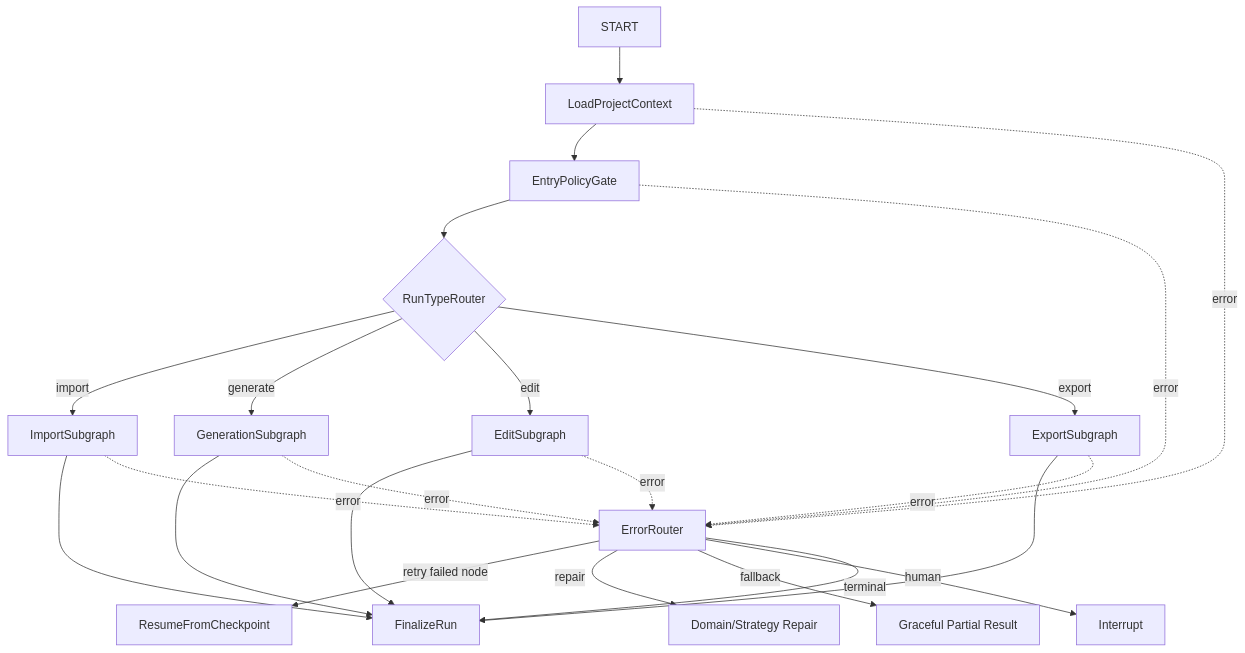
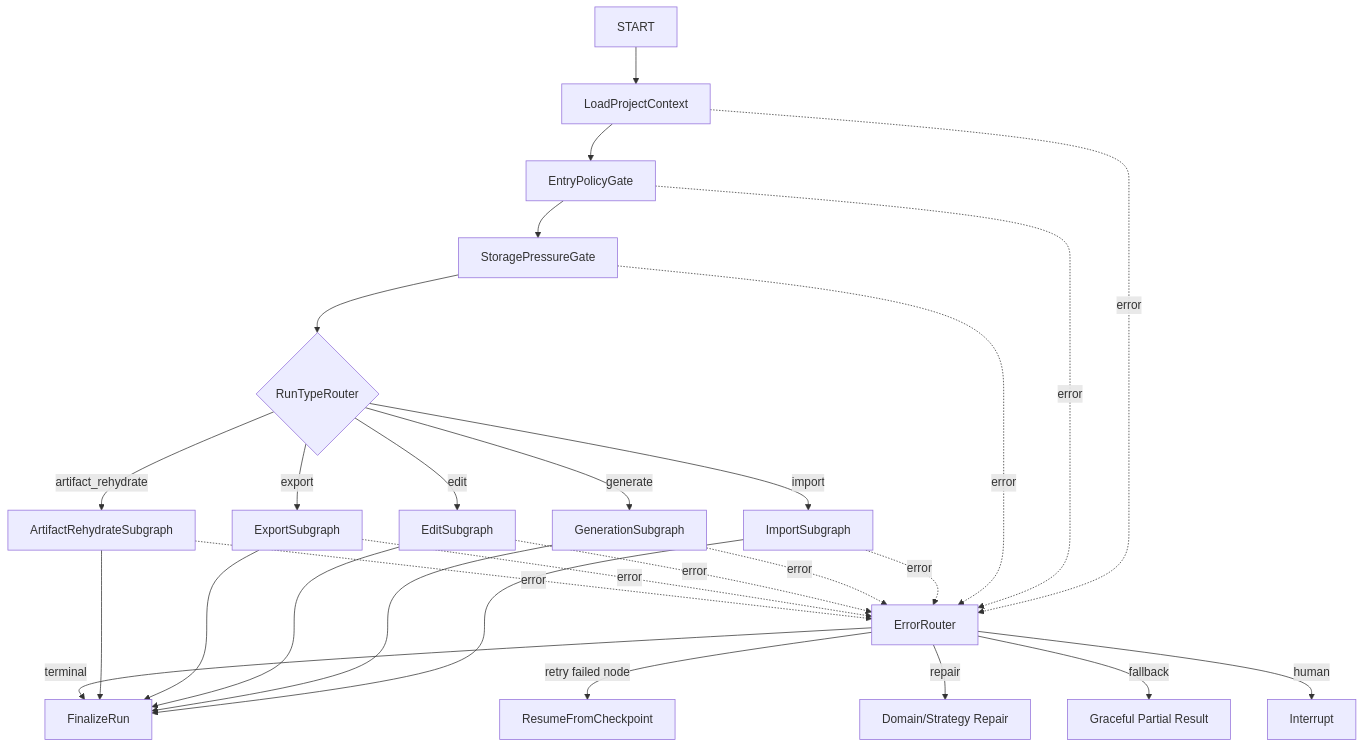
One commit to Oliveryfaso/Agentic-Music-Studio changed the first of 2 diagrams in docs/AGENT_GRAPH_SPEC.md. Above: the diagram before and after it, drawn with Mermaid. The commit also changed other lines of this file and 156 other files, not shown here.

````diff
--- a/docs/AGENT_GRAPH_SPEC.md
+++ b/docs/AGENT_GRAPH_SPEC.md
@@ -73,28 +82,33 @@
 ```mermaid
 flowchart TD
     START --> LOAD["LoadProjectContext"]
     LOAD --> POLICY["EntryPolicyGate"]
-    POLICY --> ROUTE{"RunTypeRouter"}
+    POLICY --> STORAGE["StoragePressureGate"]
+    STORAGE --> ROUTE{"RunTypeRouter"}
 
     ROUTE -->|import| IMPORT["ImportSubgraph"]
     ROUTE -->|generate| GENERATE["GenerationSubgraph"]
     ROUTE -->|edit| EDIT["EditSubgraph"]
     ROUTE -->|export| EXPORT["ExportSubgraph"]
+    ROUTE -->|artifact_rehydrate| REHYDRATE["ArtifactRehydrateSubgraph"]
 
     IMPORT --> FINAL["FinalizeRun"]
     GENERATE --> FINAL
     EDIT --> FINAL
     EXPORT --> FINAL
+    REHYDRATE --> FINAL
 
     LOAD -. error .-> ERR["ErrorRouter"]
     POLICY -. error .-> ERR
+    STORAGE -. error .-> ERR
     IMPORT -. error .-> ERR
     GENERATE -. error .-> ERR
     EDIT -. error .-> ERR
     EXPORT -. error .-> ERR
+    REHYDRATE -. error .-> ERR
     ERR -->|retry failed node| ROUTE_BACK["ResumeFromCheckpoint"]
     ERR -->|repair| REPAIR["Domain/Strategy Repair"]
     ERR -->|fallback| FALLBACK["Graceful Partial Result"]
     ERR -->|human| INTERRUPT["Interrupt"]
     ERR -->|terminal| FINAL
 ```
````
